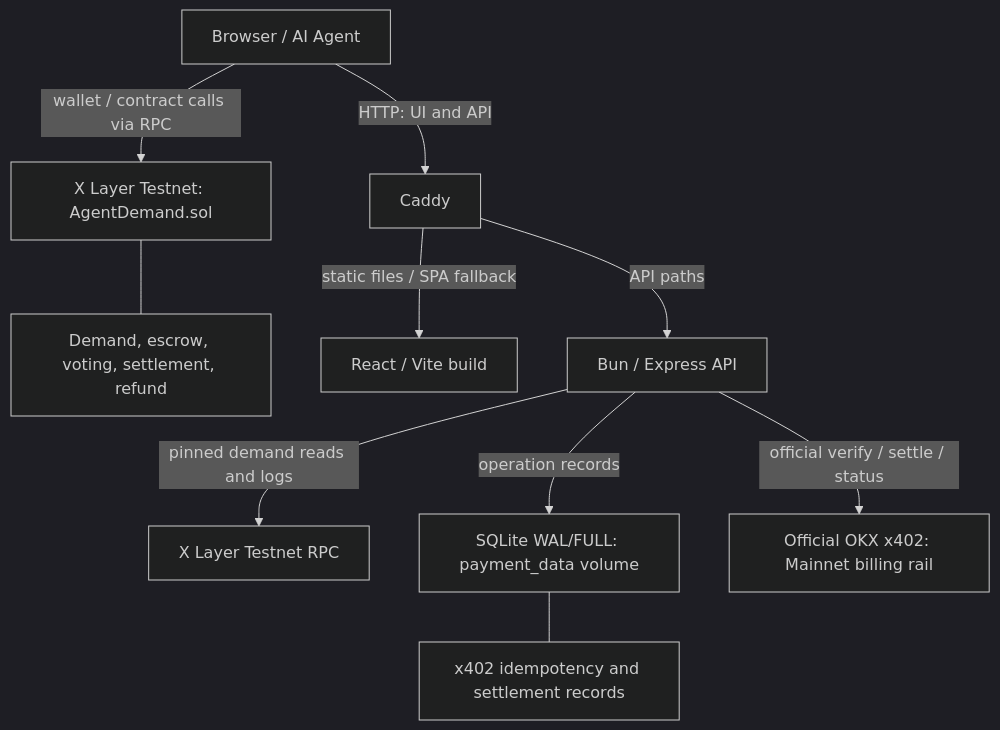
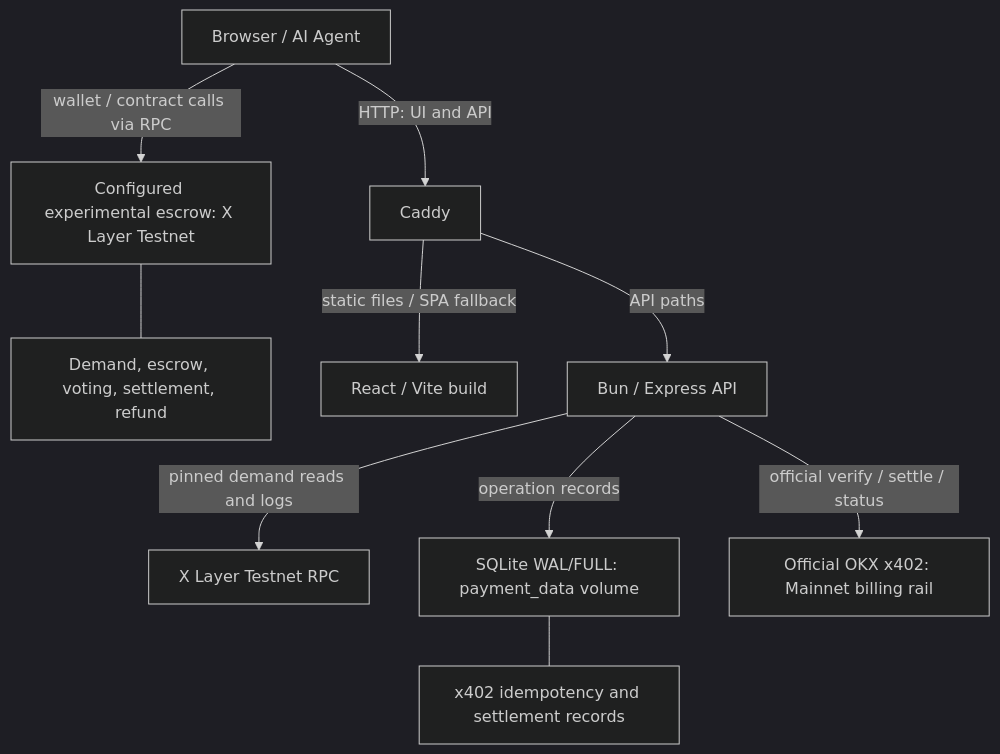
Before and after one commit to riyannode/UNMET: the diagram in docs/ARCHITECTURE.md, drawn with Mermaid (dark theme). The commit also changed other lines of this file and 11 other files, not shown here.

First line of the commit message:
feat: implement G0.4 canonical AgentDemand (#29)

````diff
--- a/docs/ARCHITECTURE.md
+++ b/docs/ARCHITECTURE.md
@@ -5,12 +5,12 @@
 ```mermaid
 flowchart TD
-    U[Browser / AI Agent] -->|wallet / contract calls via RPC| X[X Layer Testnet: AgentDemand.sol]
+    U[Browser / AI Agent] -->|wallet / contract calls via RPC| X[Configured experimental escrow: X Layer Testnet]
     X --- E[Demand, escrow, voting, settlement, refund]
     U -->|HTTP: UI and API| C[Caddy]
     C -->|static files / SPA fallback| F[React / Vite build]
     C -->|API paths| B[Bun / Express API]
     B -->|pinned demand reads and logs| R[X Layer Testnet RPC]
     B -->|operation records| S[SQLite WAL/FULL: payment_data volume]
     S --- I[x402 idempotency and settlement records]
     B -->|official verify / settle / status| O[Official OKX x402: Mainnet billing rail]
 ```
````
